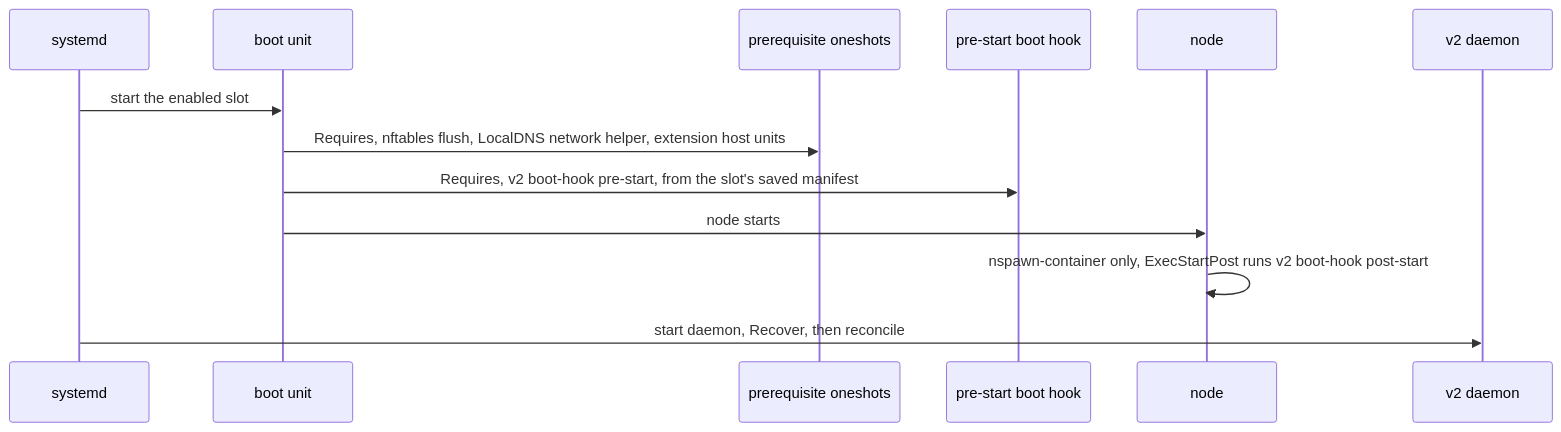
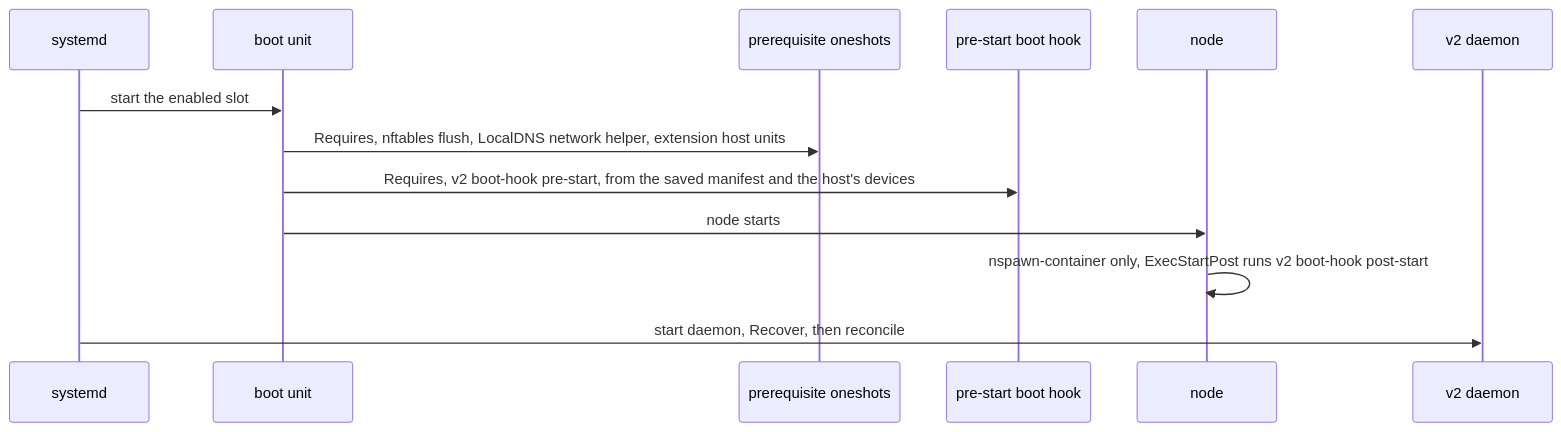
Before and after one commit to Azure/unbounded: the second of 2 diagrams in designs/agent-v2/03-node-runtime.md, drawn with Mermaid. The commit also changed other lines of this file and 7 other files, not shown here.

````diff
--- a/designs/agent-v2/03-node-runtime.md
+++ b/designs/agent-v2/03-node-runtime.md
@@ -264,15 +278,15 @@
 ```mermaid
 sequenceDiagram
   participant SD as systemd
   participant U as boot unit
   participant P as prerequisite oneshots
   participant H as pre-start boot hook
   participant N as node
   participant D as v2 daemon
   SD->>U: start the enabled slot
   U->>P: Requires, nftables flush, LocalDNS network helper, extension host units
-  U->>H: Requires, v2 boot-hook pre-start, from the slot's saved manifest
+  U->>H: Requires, v2 boot-hook pre-start, from the saved manifest and the host's devices
   U->>N: node starts
   N->>N: nspawn-container only, ExecStartPost runs v2 boot-hook post-start
   SD->>D: start daemon, Recover, then reconcile
 ```
````
